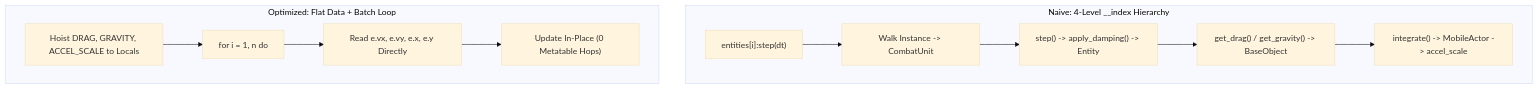
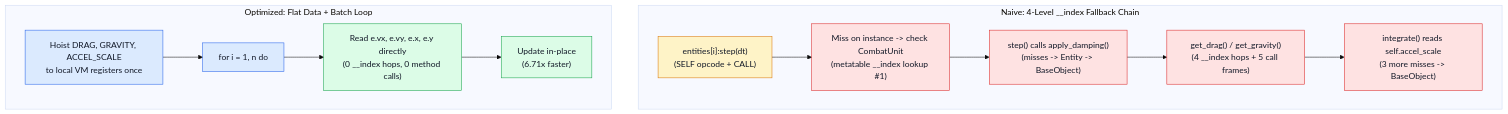
The diagram in lessons/MetatableOverhead/Tutorial/en.md (LevyArsOS/lua-lessons), drawn with Mermaid (base theme) before and after one commit. The commit also changed other lines of this file and 3 other files, not shown here.

First line of the commit message:
docs(tutorials): upgrade MetatableOverhead and StringConcat diagrams

````diff
--- a/lessons/MetatableOverhead/Tutorial/en.md
+++ b/lessons/MetatableOverhead/Tutorial/en.md
@@ -50,15 +50,20 @@
 ```mermaid
 flowchart TD
-    subgraph Naive["Naive: 4-Level __index Hierarchy"]
-        E1["entities[i]:step(dt)"] --> H1["Walk Instance -> CombatUnit"]
-        H1 --> H2["step() -> apply_damping() -> Entity"]
-        H2 --> H3["get_drag() / get_gravity() -> BaseObject"]
-        H3 --> H4["integrate() -> MobileActor -> accel_scale"]
+    classDef slow fill:#fee2e2,stroke:#dc2626,color:#111827
+    classDef fast fill:#dcfce7,stroke:#16a34a,color:#111827
+    classDef vm fill:#dbeafe,stroke:#2563eb,color:#111827
+    classDef warn fill:#fef3c7,stroke:#d97706,color:#111827
+
+    subgraph Naive["Naive: 4-Level __index Fallback Chain"]
+        E1["entities[i]:step(dt)<br/>(SELF opcode + CALL)"]:::warn --> H1["Miss on instance -> check CombatUnit<br/>(metatable __index lookup #1)"]:::slow
+        H1 --> H2["step() calls apply_damping()<br/>(misses -> Entity -> BaseObject)"]:::slow
+        H2 --> H3["get_drag() / get_gravity()<br/>(4 __index hops + 5 call frames)"]:::slow
+        H3 --> H4["integrate() reads self.accel_scale<br/>(3 more misses -> BaseObject)"]:::slow
     end
 
     subgraph Optimized["Optimized: Flat Data + Batch Loop"]
-        O1["Hoist DRAG, GRAVITY, ACCEL_SCALE to Locals"] --> O2["for i = 1, n do"]
-        O2 --> O3["Read e.vx, e.vy, e.x, e.y Directly"]
-        O3 --> O4["Update In-Place (0 Metatable Hops)"]
+        O1["Hoist DRAG, GRAVITY, ACCEL_SCALE<br/>to local VM registers once"]:::vm --> O2["for i = 1, n do"]:::vm
+        O2 --> O3["Read e.vx, e.vy, e.x, e.y directly<br/>(0 __index hops, 0 method calls)"]:::fast
+        O3 --> O4["Update in-place<br/>(6.71x faster)"]:::fast
     end
 ```
````
